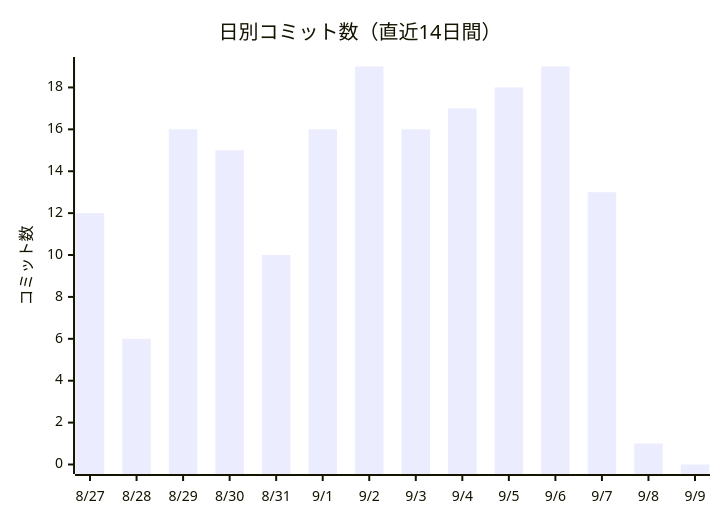
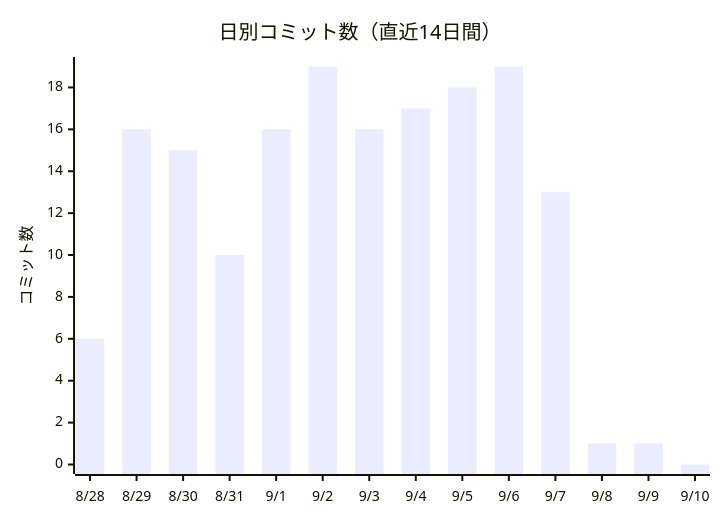
One commit to non-x2/non-x2 changed the first of 2 diagrams in docs/進化レポート.md. Above: the diagram before and after it, drawn with Mermaid. The commit also changed other lines of this file and 2 other files, not shown here.

````diff
--- a/docs/進化レポート.md
+++ b/docs/進化レポート.md
@@ -23,7 +23,7 @@
 ```mermaid
 xychart-beta
     title "日別コミット数（直近14日間）"
-    x-axis ["8/27", "8/28", "8/29", "8/30", "8/31", "9/1", "9/2", "9/3", "9/4", "9/5", "9/6", "9/7", "9/8", "9/9"]
+    x-axis ["8/28", "8/29", "8/30", "8/31", "9/1", "9/2", "9/3", "9/4", "9/5", "9/6", "9/7", "9/8", "9/9", "9/10"]
     y-axis "コミット数"
-    bar [12, 6, 16, 15, 10, 16, 19, 16, 17, 18, 19, 13, 1, 0]
+    bar [6, 16, 15, 10, 16, 19, 16, 17, 18, 19, 13, 1, 1, 0]
 ```
````
